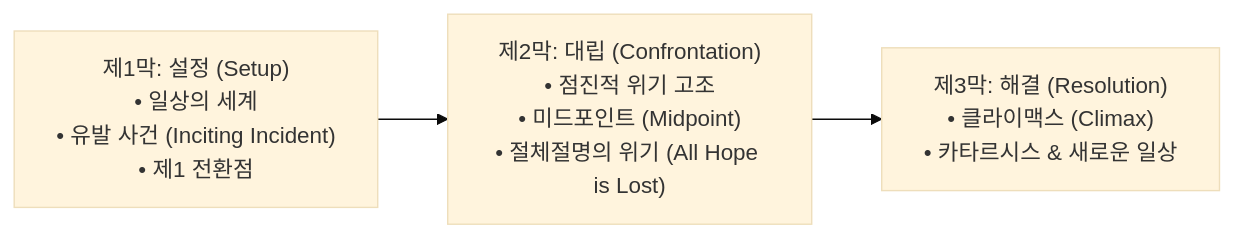
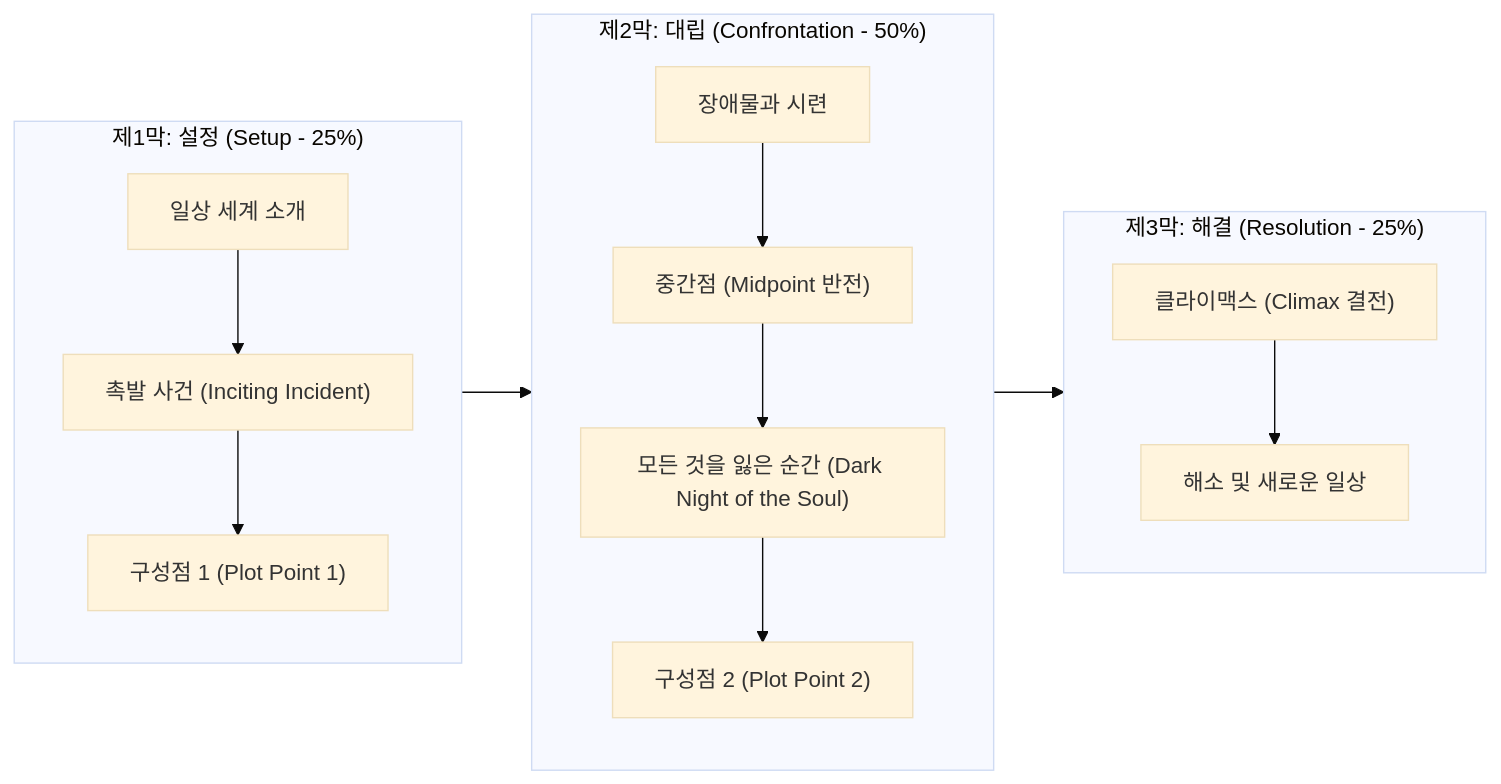
Before and after one commit to umyunsang/edu: the diagram in ComputerScience/07_professional-humanities/creative-writing/notes/01. 창의적 글쓰기와 서사 구조의 원리.md, drawn with Mermaid (base theme). The commit also changed other lines of this file and 19 other files, not shown here.

````diff
--- a/ComputerScience/07_professional-humanities/creative-writing/notes/01. 창의적 글쓰기와 서사 구조의 원리.md
+++ b/ComputerScience/07_professional-humanities/creative-writing/notes/01. 창의적 글쓰기와 서사 구조의 원리.md
@@ -33,5 +32,13 @@
 ```mermaid
 flowchart LR
-    A1["제1막: 설정 (Setup)<br/>• 일상의 세계<br/>• 유발 사건 (Inciting Incident)<br/>• 제1 전환점"] --> A2["제2막: 대립 (Confrontation)<br/>• 점진적 위기 고조<br/>• 미드포인트 (Midpoint)<br/>• 절체절명의 위기 (All Hope is Lost)"]
-    A2 --> A3["제3막: 해결 (Resolution)<br/>• 클라이맥스 (Climax)<br/>• 카타르시스 & 새로운 일상"]
+    subgraph ACT1["제1막: 설정 (Setup - 25%)"]
+        A1["일상 세계 소개"] --> A2["촉발 사건 (Inciting Incident)"] --> A3["구성점 1 (Plot Point 1)"]
+    end
+    subgraph ACT2["제2막: 대립 (Confrontation - 50%)"]
+        B1["장애물과 시련"] --> B2["중간점 (Midpoint 반전)"] --> B3["모든 것을 잃은 순간 (Dark Night of the Soul)"] --> B4["구성점 2 (Plot Point 2)"]
+    end
+    subgraph ACT3["제3막: 해결 (Resolution - 25%)"]
+        C1["클라이맥스 (Climax 결전)"] --> C2["해소 및 새로운 일상"]
+    end
+    ACT1 --> ACT2 --> ACT3
 ```
````
